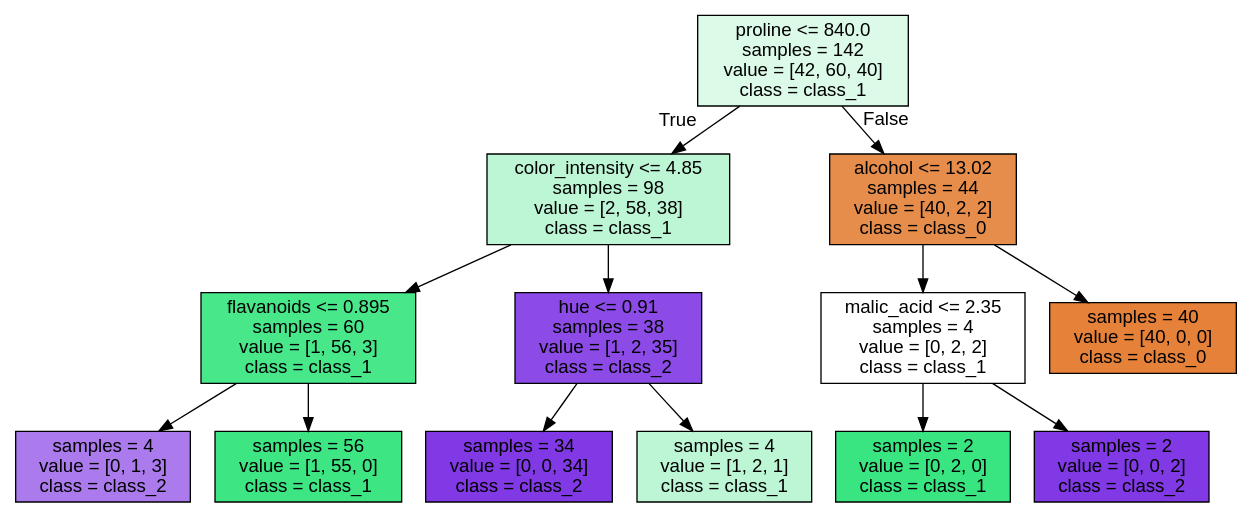
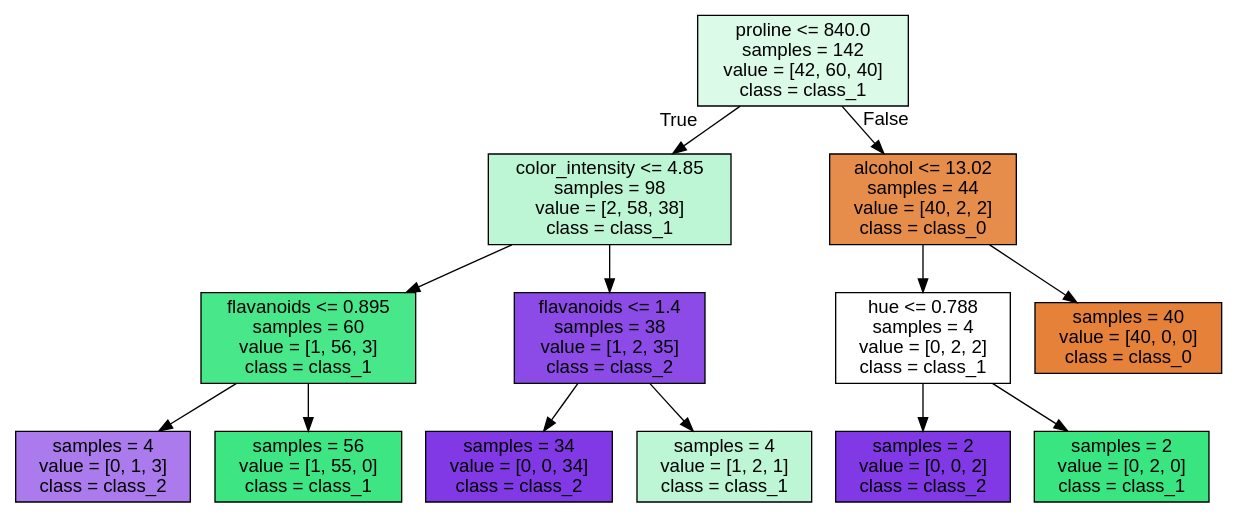
Before and after one commit to DanteBelNan/TP_Final-Machine-Learning: the diagram in arbol1.dot, drawn with Graphviz. The commit also changed 1 other file, not shown here.

```diff
--- a/arbol1.dot
+++ b/arbol1.dot
@@ -1,29 +1,29 @@
 digraph Tree {
 node [shape=box, style="filled", color="black", fontname="helvetica"] ;
 edge [fontname="helvetica"] ;
 0 [label="proline <= 840.0\nsamples = 142\nvalue = [42, 60, 40]\nclass = class_1", fillcolor="#dbfae8"] ;
 1 [label="color_intensity <= 4.85\nsamples = 98\nvalue = [2, 58, 38]\nclass = class_1", fillcolor="#bdf6d5"] ;
 0 -> 1 [labeldistance=2.5, labelangle=45, headlabel="True"] ;
 2 [label="flavanoids <= 0.895\nsamples = 60\nvalue = [1, 56, 3]\nclass = class_1", fillcolor="#47e78a"] ;
 1 -> 2 ;
 3 [label="samples = 4\nvalue = [0, 1, 3]\nclass = class_2", fillcolor="#ab7bee"] ;
 2 -> 3 ;
 4 [label="samples = 56\nvalue = [1, 55, 0]\nclass = class_1", fillcolor="#3de583"] ;
 2 -> 4 ;
-5 [label="hue <= 0.91\nsamples = 38\nvalue = [1, 2, 35]\nclass = class_2", fillcolor="#8c4ae7"] ;
+5 [label="flavanoids <= 1.4\nsamples = 38\nvalue = [1, 2, 35]\nclass = class_2", fillcolor="#8c4ae7"] ;
 1 -> 5 ;
 6 [label="samples = 34\nvalue = [0, 0, 34]\nclass = class_2", fillcolor="#8139e5"] ;
 5 -> 6 ;
 7 [label="samples = 4\nvalue = [1, 2, 1]\nclass = class_1", fillcolor="#bdf6d5"] ;
 5 -> 7 ;
 8 [label="alcohol <= 13.02\nsamples = 44\nvalue = [40, 2, 2]\nclass = class_0", fillcolor="#e78d4c"] ;
 0 -> 8 [labeldistance=2.5, labelangle=-45, headlabel="False"] ;
-9 [label="malic_acid <= 2.35\nsamples = 4\nvalue = [0, 2, 2]\nclass = class_1", fillcolor="#ffffff"] ;
+9 [label="hue <= 0.788\nsamples = 4\nvalue = [0, 2, 2]\nclass = class_1", fillcolor="#ffffff"] ;
 8 -> 9 ;
-10 [label="samples = 2\nvalue = [0, 2, 0]\nclass = class_1", fillcolor="#39e581"] ;
+10 [label="samples = 2\nvalue = [0, 0, 2]\nclass = class_2", fillcolor="#8139e5"] ;
 9 -> 10 ;
-11 [label="samples = 2\nvalue = [0, 0, 2]\nclass = class_2", fillcolor="#8139e5"] ;
+11 [label="samples = 2\nvalue = [0, 2, 0]\nclass = class_1", fillcolor="#39e581"] ;
 9 -> 11 ;
 12 [label="samples = 40\nvalue = [40, 0, 0]\nclass = class_0", fillcolor="#e58139"] ;
 8 -> 12 ;
 }
```
